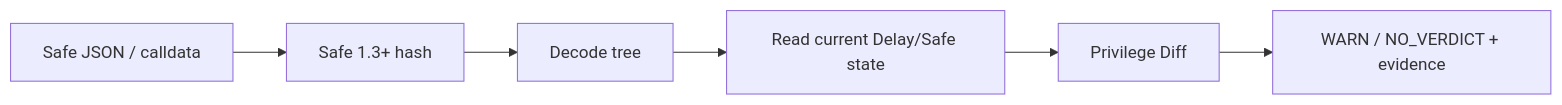
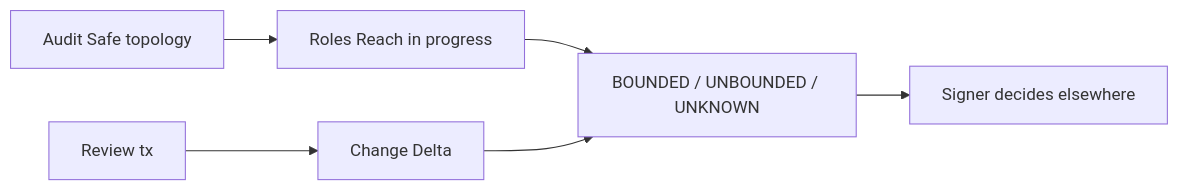
One commit to devhb1/Saviour changed the diagram in README.md. Above: the diagram before and after it, drawn with Mermaid. The commit also changed other lines of this file and 30 other files, not shown here.

First line of the commit message:
feat(audit): enhance Safe authority audit with Blast Radius Reach preview

````diff
--- a/README.md
+++ b/README.md
@@ -28,8 +30,8 @@
 ```mermaid
 flowchart LR
-  In[Safe JSON / calldata] --> Hash[Safe 1.3+ hash]
-  Hash --> Tree[Decode tree]
-  Tree --> Rpc[Read current Delay/Safe state]
-  Rpc --> Diff[Privilege Diff]
-  Diff --> Out[WARN / NO_VERDICT + evidence]
+  Audit[Audit Safe topology] --> Reach[Roles Reach in progress]
+  Review[Review tx] --> Delta[Change Delta]
+  Reach --> Verdict[BOUNDED / UNBOUNDED / UNKNOWN]
+  Delta --> Verdict
+  Verdict --> Signer[Signer decides elsewhere]
 ```
````
